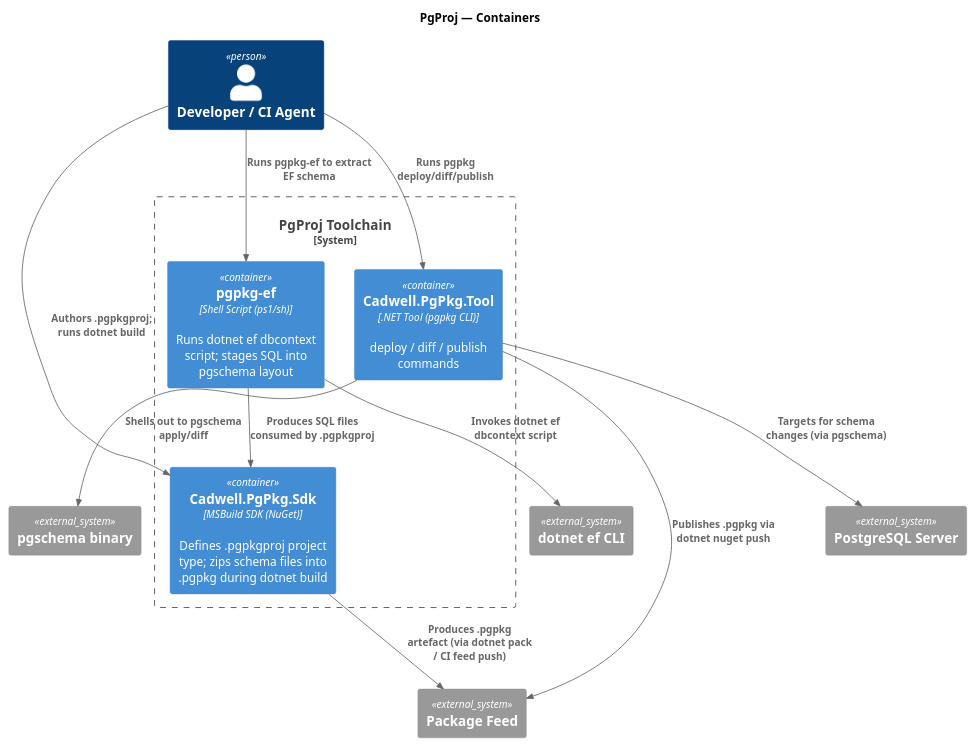
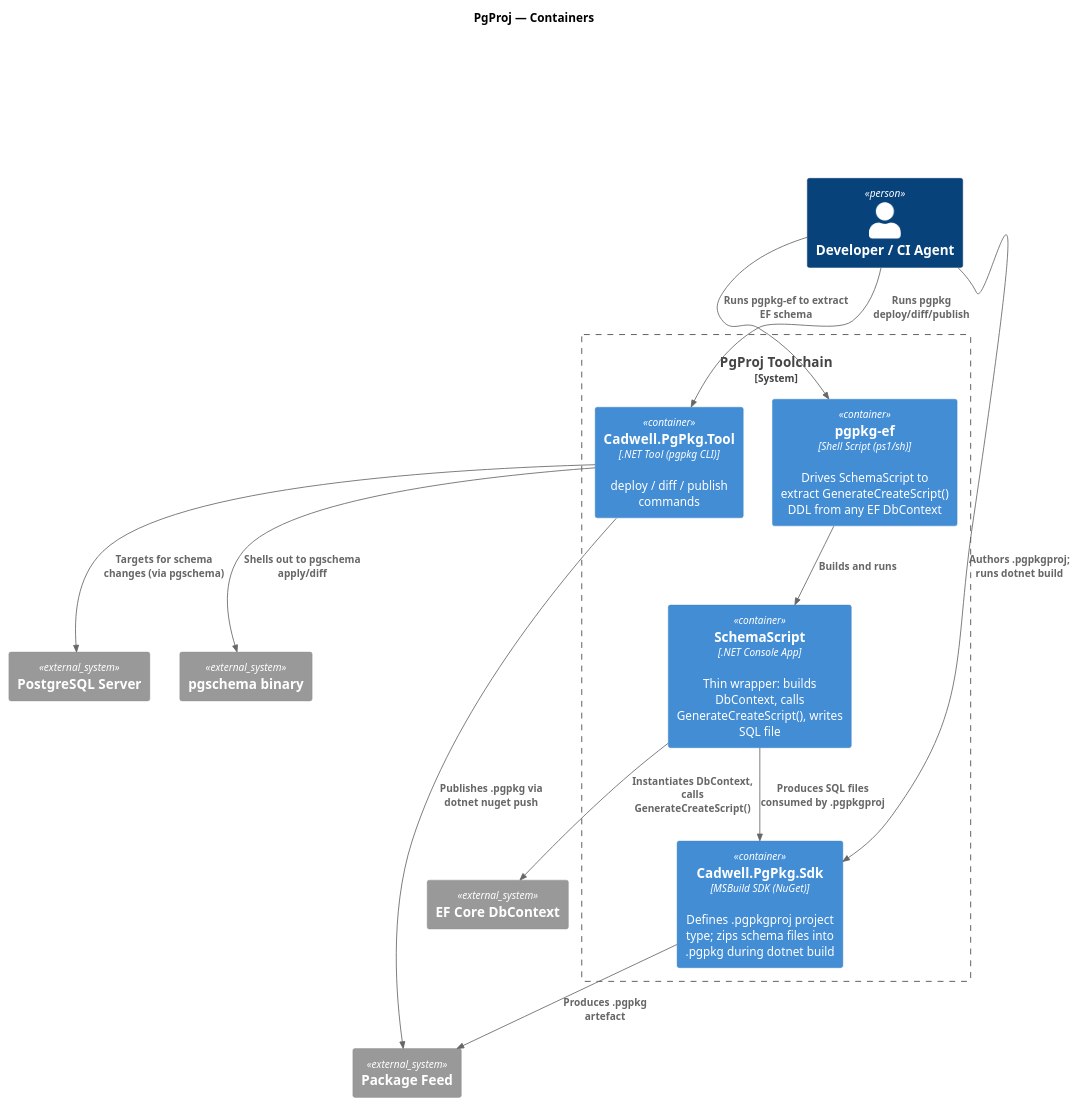
One commit to Mwwhited-BookLearning/PgPlayground changed the second of 4 diagrams in docs/architecture.md. Above: the diagram before and after it, drawn with PlantUML. The commit also changed other lines of this file and 8 other files, not shown here.

````diff
--- a/docs/architecture.md
+++ b/docs/architecture.md
@@ -35,32 +35,34 @@
 ```plantuml
 @startuml C4_Container
 !include https://raw.githubusercontent.com/plantuml-stdlib/C4-PlantUML/master/C4_Container.puml
 
 title PgProj — Containers
 
 Person(dev, "Developer / CI Agent")
 
 System_Boundary(pgproj, "PgProj Toolchain") {
-    Container(sdk,    "Cadwell.PgPkg.Sdk",   "MSBuild SDK (NuGet)",   "Defines .pgpkgproj project type; zips schema files into .pgpkg during dotnet build")
-    Container(tool,   "Cadwell.PgPkg.Tool",  ".NET Tool (pgpkg CLI)", "deploy / diff / publish commands")
-    Container(eftool, "pgpkg-ef",            "Shell Script (ps1/sh)", "Runs dotnet ef dbcontext script; stages SQL into pgschema layout")
+    Container(sdk,          "Cadwell.PgPkg.Sdk",   "MSBuild SDK (NuGet)",   "Defines .pgpkgproj project type; zips schema files into .pgpkg during dotnet build")
+    Container(tool,         "Cadwell.PgPkg.Tool",  ".NET Tool (pgpkg CLI)", "deploy / diff / publish commands")
+    Container(eftool,       "pgpkg-ef",            "Shell Script (ps1/sh)", "Drives SchemaScript to extract GenerateCreateScript() DDL from any EF DbContext")
+    Container(schemaScript, "SchemaScript",        ".NET Console App",      "Thin wrapper: builds DbContext, calls GenerateCreateScript(), writes SQL file")
 }
 
 System_Ext(postgres, "PostgreSQL Server")
 System_Ext(nuget,    "Package Feed")
 System_Ext(pgschema, "pgschema binary")
-System_Ext(efcore,   "dotnet ef CLI")
+System_Ext(efcore,   "EF Core DbContext")
 
-Rel(dev,    sdk,    "Authors .pgpkgproj; runs dotnet build")
-Rel(dev,    tool,   "Runs pgpkg deploy/diff/publish")
-Rel(dev,    eftool, "Runs pgpkg-ef to extract EF schema")
+Rel(dev,          sdk,          "Authors .pgpkgproj; runs dotnet build")
+Rel(dev,          tool,         "Runs pgpkg deploy/diff/publish")
+Rel(dev,          eftool,       "Runs pgpkg-ef to extract EF schema")
 
-Rel(sdk,    nuget,    "Produces .pgpkg artefact (via dotnet pack / CI feed push)")
-Rel(tool,   pgschema, "Shells out to pgschema apply/diff")
-Rel(tool,   postgres, "Targets for schema changes (via pgschema)")
-Rel(tool,   nuget,    "Publishes .pgpkg via dotnet nuget push")
-Rel(eftool, efcore,   "Invokes dotnet ef dbcontext script")
-Rel(eftool, sdk,      "Produces SQL files consumed by .pgpkgproj")
+Rel(sdk,          nuget,        "Produces .pgpkg artefact")
+Rel(tool,         pgschema,     "Shells out to pgschema apply/diff")
+Rel(tool,         postgres,     "Targets for schema changes (via pgschema)")
+Rel(tool,         nuget,        "Publishes .pgpkg via dotnet nuget push")
+Rel(eftool,       schemaScript, "Builds and runs")
+Rel(schemaScript, efcore,       "Instantiates DbContext, calls GenerateCreateScript()")
+Rel(schemaScript, sdk,          "Produces SQL files consumed by .pgpkgproj")
 
 @enduml
 ```
````
